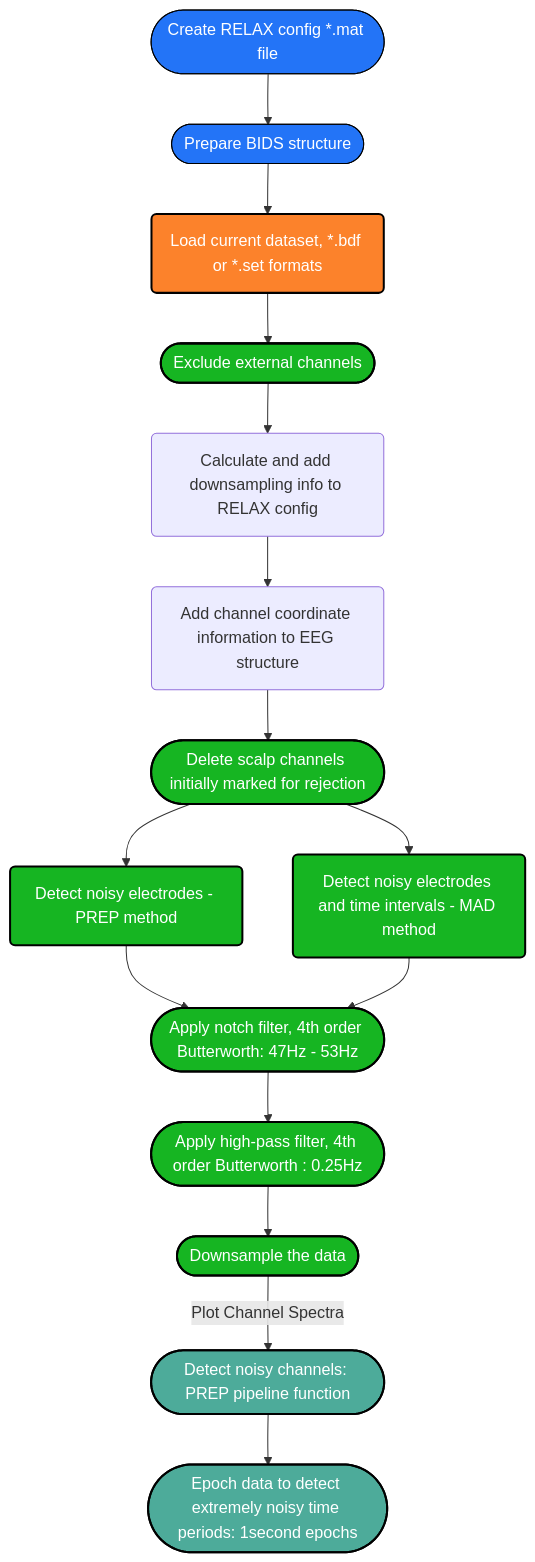
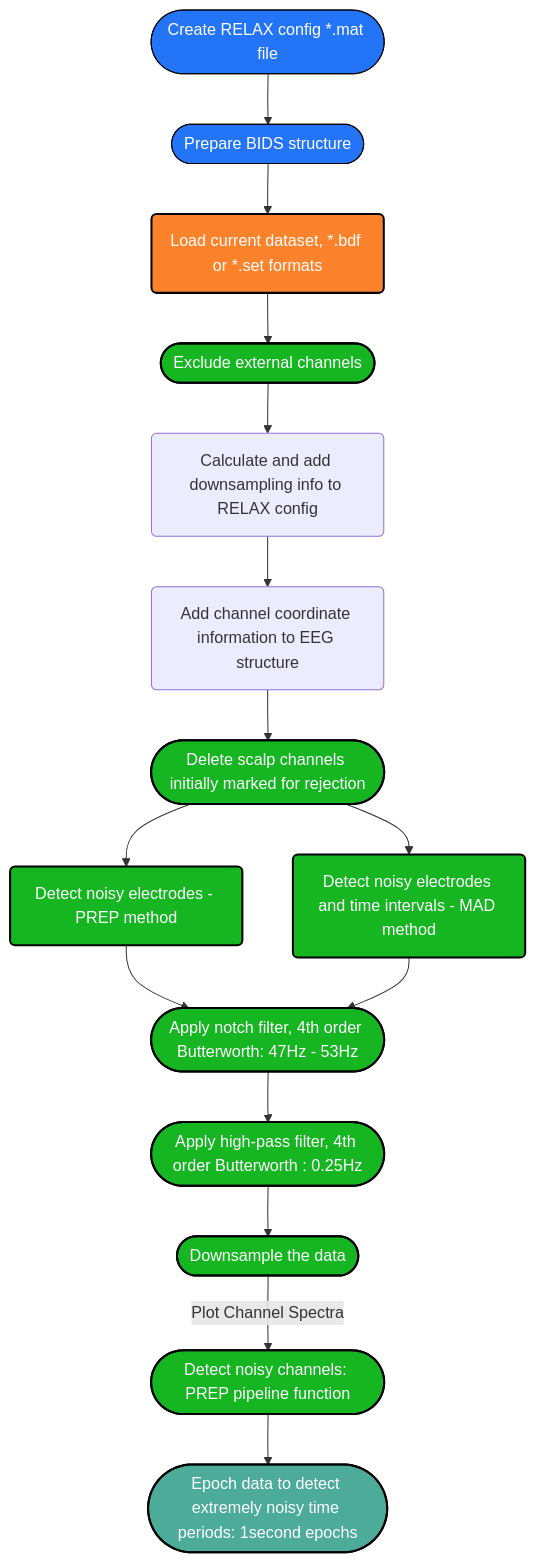
Before and after one commit to deebeebolger/Project_CeLaVie: the diagram in Pipeline_Datafow_Chart.md, drawn with Mermaid.

````diff
--- a/Pipeline_Datafow_Chart.md
+++ b/Pipeline_Datafow_Chart.md
@@ -1,39 +1,41 @@
 ```mermaid
 flowchart TD
 %% Colors %%
 
 classDef blue fill:#2374f7, stroke:#000, stroke-width: px, color:#fff
 classDef orange fill:#fc822b,stroke:#000,stroke-width:2px,color:#fff
 classDef green fill:#16b522,stroke:#000,stroke-width:2px,color:#fff
 classDef mintgreen fill:#4DAB9A,stroke:#000,stroke-width:2px,color:#fff
 classDef mandarine fill:#FFA344,stroke:#000,stroke-width:2px,color:#fff
 classDef aubergine fill:#9A6DD7,stroke:#000,stroke-width:2px,color:#fff
 classDef red fill:#D44C47,stroke:#000,stroke-width:2px,color:#fff
 classDef grey fill:#979A9B,stroke:#000,stroke-width:2px,color:#fff
 
 
 Config([Create RELAX config *.mat file]):::blue -->
 BIDS([Prepare BIDS structure]):::blue
 click Config "https://github.com/deebeebolger/Project_CeLaVie/blob/main/DataflowChart_pages/Create_RELAX_conf_file.md" "Link"
 click BIDS "https://github.com/deebeebolger/Project_CeLaVie/blob/main/DataflowChart_pages/BIDS_structure.md" "Link"
 BIDS --> Ld(Load current dataset, *.bdf or *.set formats):::orange
 --> EXRej([Exclude external channels]):::green
 click EXRej "https://github.com/deebeebolger/Project_CeLaVie/blob/main/DataflowChart_pages/Exclude_external_chans.md" _blank
 EXRej --> AddRS(Calculate and add downsampling info to RELAX config)
 click AddRS "https://github.com/deebeebolger/Project_CeLaVie/blob/main/DataflowChart_pages/Downsampling.md" "Link"
 AddRS --> AddChan(Add channel coordinate information to EEG structure)
 click AddChan "https://github.com/deebeebolger/Project_CeLaVie/blob/main/DataflowChart_pages/Add_Channels_coordinates.md" "Link"
 AddChan --> ScalpRej([Delete scalp channels initially marked for rejection]):::green
 ScalpRej --> BadChanDetect(Detect noisy electrodes - PREP method):::green
 ScalpRej --> BadChanTimeDetect(Detect noisy electrodes and time intervals - MAD method):::green
 click BadChanDetect "https://github.com/deebeebolger/Project_CeLaVie/blob/main/DataflowChart_pages/BadChannelDetect_PREP.md" "Link"
 click BadChanTimeDetect "https://github.com/deebeebolger/Project_CeLaVie/blob/main/DataflowChart_pages/Bad_ChannelTime_Detect_MAD.md" "Link"
 BadChanDetect --> Notch([Apply notch filter, 4th order Butterworth: 47Hz - 53Hz]):::green
 BadChanTimeDetect --> Notch([Apply notch filter, 4th order Butterworth: 47Hz - 53Hz]):::green
 click Notch "https://github.com/deebeebolger/Project_CeLaVie/blob/main/DataflowChart_pages/Filtering.md" "Link"
 Notch --> HPfilt([Apply high-pass filter, 4th order Butterworth : 0.25Hz]):::green
 HPfilt --> RSamp([Downsample the data]):::green
 click HPfilt "https://github.com/deebeebolger/Project_CeLaVie/blob/main/DataflowChart_pages/Filtering.md" "Link"
-RSamp -->|Plot Channel Spectra|Prep([Detect noisy channels: PREP pipeline function]):::mintgreen
+RSamp -->|Plot Channel Spectra|Prep([Detect noisy channels: PREP pipeline function]):::green
 Prep --> EpClean([Epoch data to detect extremely noisy time periods: 1second epochs]):::mintgreen
+click Prep "https://github.com/deebeebolger/Project_CeLaVie/blob/main/DataflowChart_pages/BadChannelDetect_PREP.md" "Link"
+
 ```
````
